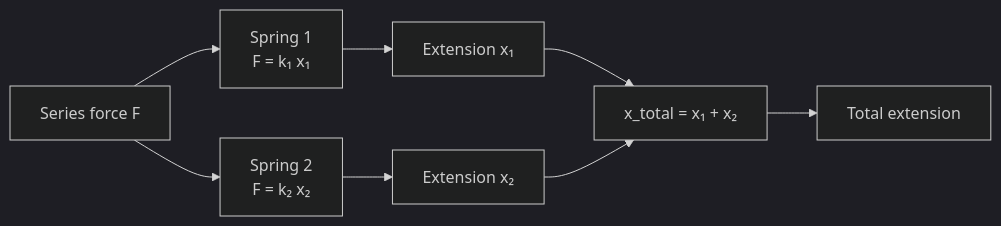
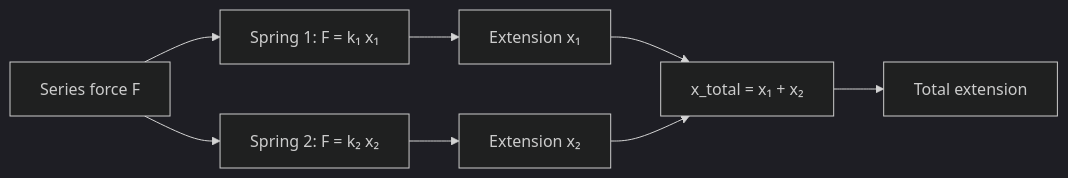
Before and after one commit to aviation-impact-accelerator/bilt: the second of 3 diagrams in docs/worked_examples/two-springs-in-series.md, drawn with Mermaid (dark theme). The commit also changed other lines of this file and 3 other files, not shown here.

````diff
--- a/docs/worked_examples/two-springs-in-series.md
+++ b/docs/worked_examples/two-springs-in-series.md
@@ -219,12 +237,12 @@
 ```mermaid
 flowchart LR
-    force["Series force F"] --> s1["Spring 1<br/>F = k₁ x₁"]
-    force --> s2["Spring 2<br/>F = k₂ x₂"]
+    force["Series force F"] --> s1["Spring 1: F = k₁ x₁"]
+    force --> s2["Spring 2: F = k₂ x₂"]
 
     s1 --> x1["Extension x₁"]
     s2 --> x2["Extension x₂"]
 
     x1 --> sum["x_total = x₁ + x₂"]
     x2 --> sum
     sum --> total["Total extension"]
 ```
````
